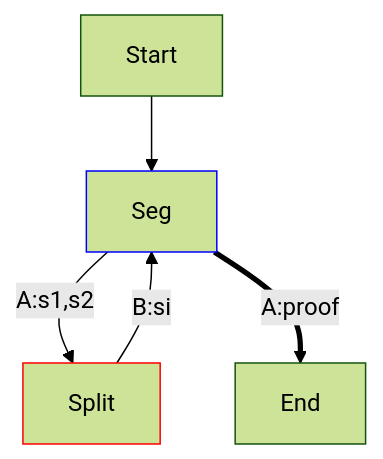
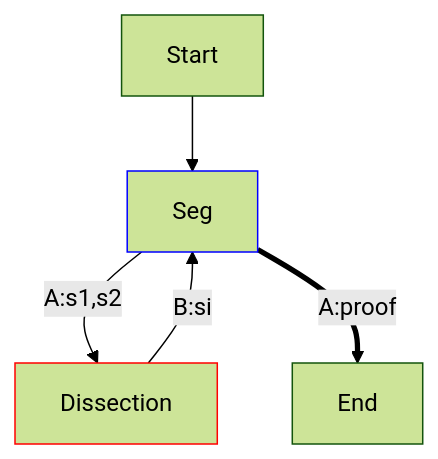
Before and after one commit to marigold-dev/chusai: the first of 2 diagrams in doc/layer1_refutation_game.md, drawn with Mermaid (forest theme). The commit also changed other lines of this file and 10 other files, not shown here.

Commit message:
change some terminology: dissection for split, challenge for attack

````diff
--- a/doc/layer1_refutation_game.md
+++ b/doc/layer1_refutation_game.md
@@ -85,9 +85,9 @@
 ```mermaid
 graph
     Start --> Seg
-    Seg -- A:s1,s2 --> Split
-    Split -- B:si --> Seg
+    Seg -- A:s1,s2 --> Dissection
+    Dissection -- B:si --> Seg
     Seg == A:proof ==> End
-    style Split stroke:#f00
+    style Dissection stroke:#f00
     style Seg stroke:#00f
 ```
````
